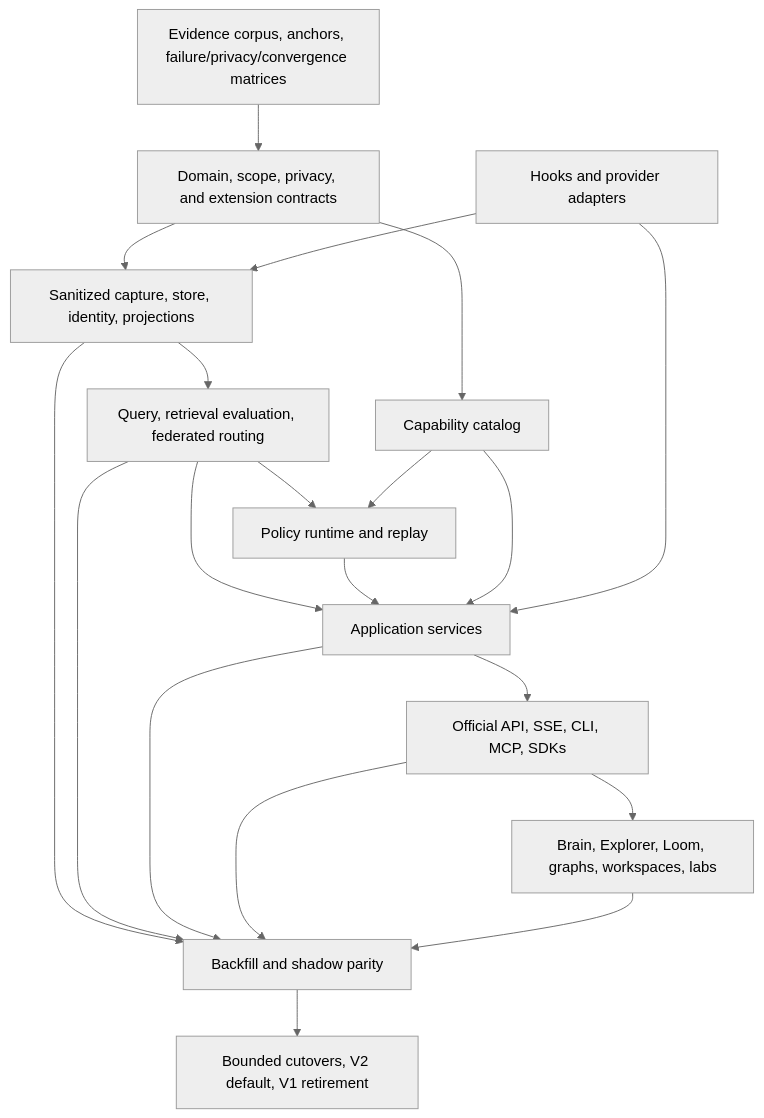
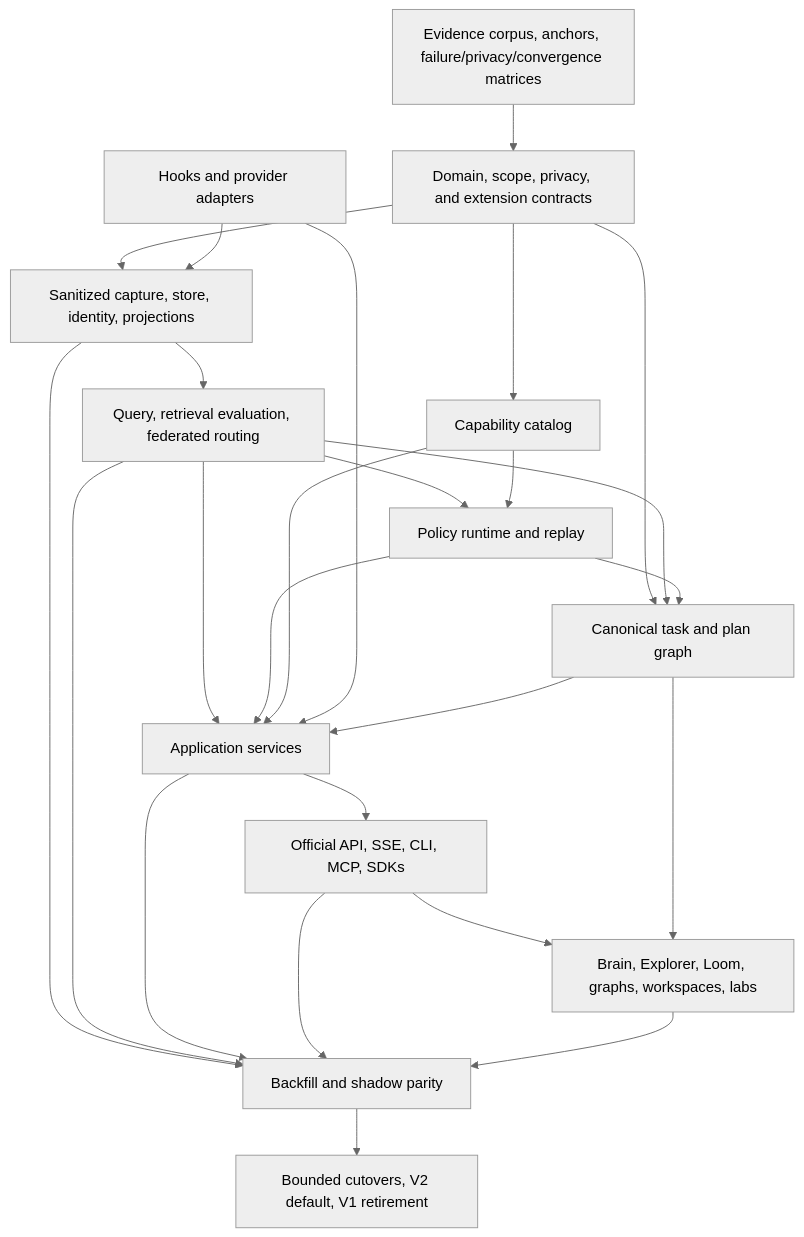
Before and after one commit to ScriptedAlchemy/tracedecay: the diagram in docs/superpowers/plans/tracedecay-v2/00-plan-set-index.md, drawn with Mermaid (neutral theme). The commit also changed other lines of this file and 20 other files, not shown here.

````diff
--- a/docs/superpowers/plans/tracedecay-v2/00-plan-set-index.md
+++ b/docs/superpowers/plans/tracedecay-v2/00-plan-set-index.md
@@ -133,22 +167,27 @@
 ```mermaid
 flowchart TD
     E["Evidence corpus, anchors, failure/privacy/convergence matrices"] --> D["Domain, scope, privacy, and extension contracts"]
     D --> S["Sanitized capture, store, identity, projections"]
     S --> Q["Query, retrieval evaluation, federated routing"]
     D --> C["Capability catalog"]
     Q --> P["Policy runtime and replay"]
     C --> P
     Q --> A["Application services"]
     P --> A
     C --> A
     H["Hooks and provider adapters"] --> S
     H --> A
     A --> API["Official API, SSE, CLI, MCP, SDKs"]
     API --> UI["Brain, Explorer, Loom, graphs, workspaces, labs"]
     S --> M["Backfill and shadow parity"]
     Q --> M
     A --> M
     API --> M
     UI --> M
+    D --> T["Canonical task and plan graph"]
+    Q --> T
+    P --> T
+    T --> A
+    T --> UI
     M --> X["Bounded cutovers, V2 default, V1 retirement"]
 ```
````
